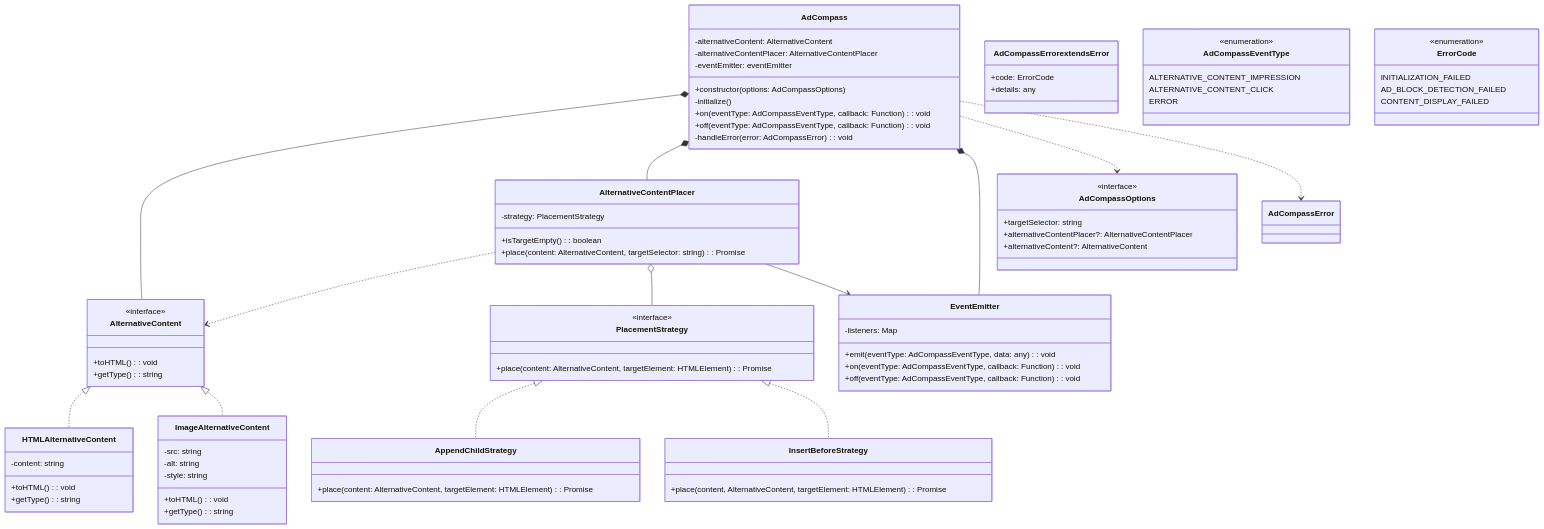
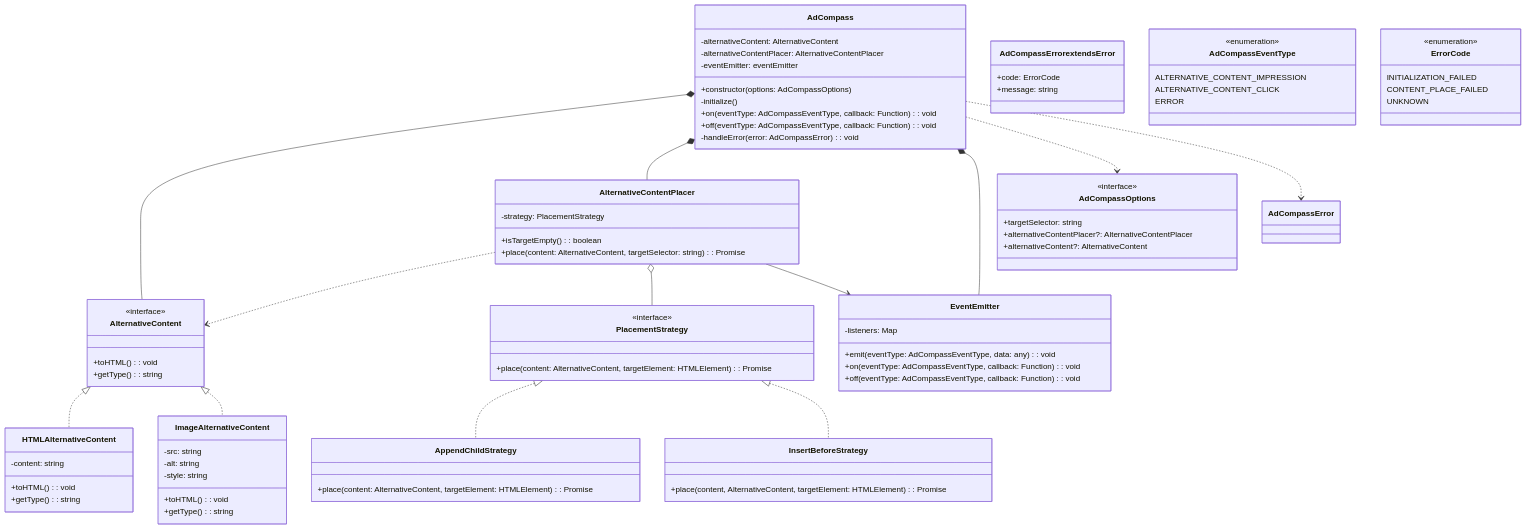
The diagram in docs/architecture/class-diagram.md (hogekai/ad-compass), drawn with Mermaid before and after one commit. The commit also changed 1 other file, not shown here.

Commit message:
Add test ad compass error instance

````diff
--- a/docs/architecture/class-diagram.md
+++ b/docs/architecture/class-diagram.md
@@ -69,7 +69,7 @@
 
     class AdCompassError extends Error {
         +code: ErrorCode
-        +details: any
+        +message: string
     }
 
     AdCompass *-- AlternativeContent
@@ -98,7 +98,7 @@
     class ErrorCode {
         <<enumeration>>
         INITIALIZATION_FAILED
-        AD_BLOCK_DETECTION_FAILED
-        CONTENT_DISPLAY_FAILED
+        CONTENT_PLACE_FAILED
+        UNKNOWN
     }
 ```
````
